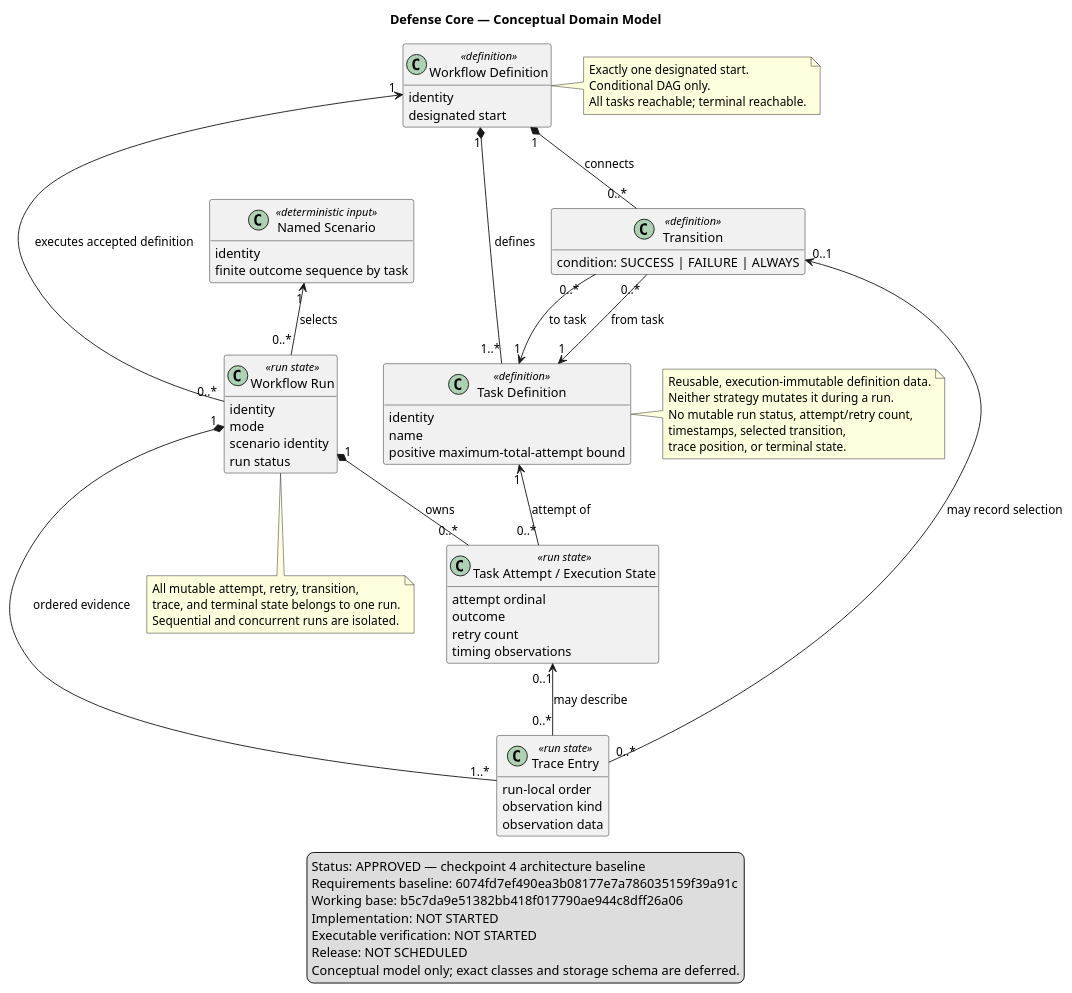
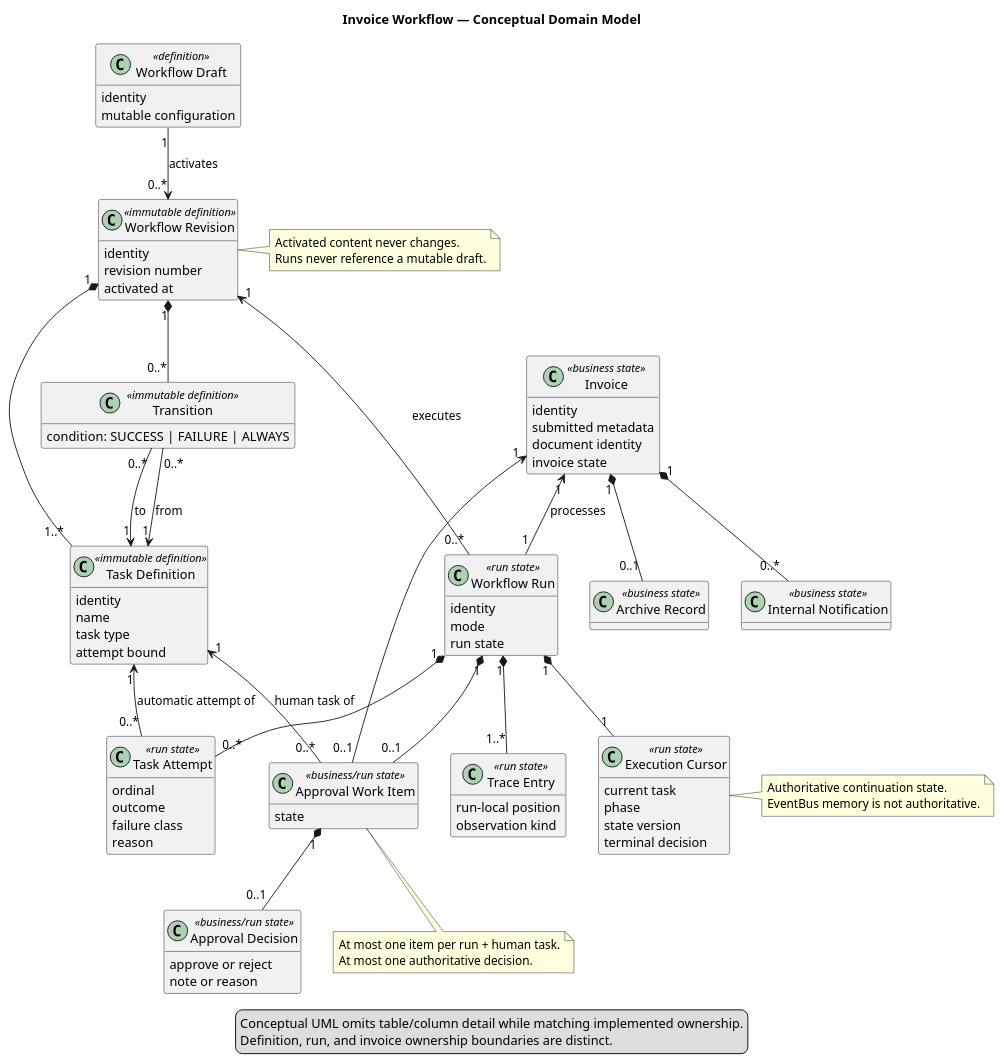
The diagram in docs/architecture/uml/domain-model.puml (MAES1102/WMS), drawn with PlantUML before and after one commit. The commit also changed 147 other files, not shown here.

Commit message:
feat: finalize invoice approval reference product

```diff
--- a/docs/architecture/uml/domain-model.puml
+++ b/docs/architecture/uml/domain-model.puml
@@ -1,88 +1,99 @@
 @startuml
-title Defense Core — Conceptual Domain Model
+title Invoice Workflow — Conceptual Domain Model
 hide methods
 skinparam classAttributeIconSize 0
 skinparam shadowing false
 
-class "Workflow Definition" as WorkflowDefinition <<definition>> {
+class "Workflow Draft" as Draft <<definition>> {
   identity
-  designated start
+  mutable configuration
+}
+class "Workflow Revision" as Revision <<immutable definition>> {
+  identity
+  revision number
+  activated at
+}
+class "Task Definition" as Task <<immutable definition>> {
+  identity
+  name
+  task type
+  attempt bound
+}
+class Transition <<immutable definition>> {
+  condition: SUCCESS | FAILURE | ALWAYS
+}
+class Invoice <<business state>> {
+  identity
+  submitted metadata
+  document identity
+  invoice state
+}
+class "Workflow Run" as Run <<run state>> {
+  identity
+  mode
+  run state
+}
+class "Execution Cursor" as Cursor <<run state>> {
+  current task
+  phase
+  state version
+  terminal decision
+}
+class "Task Attempt" as Attempt <<run state>> {
+  ordinal
+  outcome
+  failure class
+  reason
+}
+class "Approval Work Item" as WorkItem <<business/run state>> {
+  state
+}
+class "Approval Decision" as Decision <<business/run state>> {
+  approve or reject
+  note or reason
+}
+class "Archive Record" as Archive <<business state>>
+class "Internal Notification" as Notification <<business state>>
+class "Trace Entry" as Trace <<run state>> {
+  run-local position
+  observation kind
 }
 
-class "Task Definition" as TaskDefinition <<definition>> {
-  identity
-  name
-  positive maximum-total-attempt bound
-}
+Draft "1" --> "0..*" Revision : activates
+Revision "1" *-- "1..*" Task
+Revision "1" *-- "0..*" Transition
+Transition "0..*" --> "1" Task : from
+Transition "0..*" --> "1" Task : to
+Revision "1" <-- "0..*" Run : executes
+Invoice "1" <-- "1" Run : processes
+Run "1" *-- "1" Cursor
+Run "1" *-- "0..*" Attempt
+Task "1" <-- "0..*" Attempt : automatic attempt of
+Run "1" *-- "0..1" WorkItem
+Invoice "1" <-- "0..1" WorkItem
+Task "1" <-- "0..*" WorkItem : human task of
+WorkItem "1" *-- "0..1" Decision
+Invoice "1" *-- "0..1" Archive
+Invoice "1" *-- "0..*" Notification
+Run "1" *-- "1..*" Trace
 
-class "Transition" as Transition <<definition>> {
-  condition: SUCCESS | FAILURE | ALWAYS
-}
-
-class "Named Scenario" as Scenario <<deterministic input>> {
-  identity
-  finite outcome sequence by task
-}
-
-class "Workflow Run" as WorkflowRun <<run state>> {
-  identity
-  mode
-  scenario identity
-  run status
-}
-
-class "Task Attempt / Execution State" as TaskAttempt <<run state>> {
-  attempt ordinal
-  outcome
-  retry count
-  timing observations
-}
-
-class "Trace Entry" as TraceEntry <<run state>> {
-  run-local order
-  observation kind
-  observation data
-}
-
-WorkflowDefinition "1" *-- "1..*" TaskDefinition : defines
-WorkflowDefinition "1" *-- "0..*" Transition : connects
-Transition "0..*" --> "1" TaskDefinition : from task
-Transition "0..*" --> "1" TaskDefinition : to task
-WorkflowDefinition "1" <-- "0..*" WorkflowRun : executes accepted definition
-Scenario "1" <-- "0..*" WorkflowRun : selects
-WorkflowRun "1" *-- "0..*" TaskAttempt : owns
-TaskDefinition "1" <-- "0..*" TaskAttempt : attempt of
-WorkflowRun "1" *-- "1..*" TraceEntry : ordered evidence
-TaskAttempt "0..1" <-- "0..*" TraceEntry : may describe
-Transition "0..1" <-- "0..*" TraceEntry : may record selection
-
-note right of WorkflowDefinition
-Exactly one designated start.
-Conditional DAG only.
-All tasks reachable; terminal reachable.
+note right of Revision
+Activated content never changes.
+Runs never reference a mutable draft.
 end note
 
-note right of TaskDefinition
-Reusable, execution-immutable definition data.
-Neither strategy mutates it during a run.
-No mutable run status, attempt/retry count,
-timestamps, selected transition,
-trace position, or terminal state.
+note right of Cursor
+Authoritative continuation state.
+EventBus memory is not authoritative.
 end note
 
-note bottom of WorkflowRun
-All mutable attempt, retry, transition,
-trace, and terminal state belongs to one run.
-Sequential and concurrent runs are isolated.
+note bottom of WorkItem
+At most one item per run + human task.
+At most one authoritative decision.
 end note
 
 legend
-Status: APPROVED — checkpoint 4 architecture baseline
-Requirements baseline: 6074fd7ef490ea3b08177e7a786035159f39a91c
-Working base: b5c7da9e51382bb418f017790ae944c8dff26a06
-Implementation: NOT STARTED
-Executable verification: NOT STARTED
-Release: NOT SCHEDULED
-Conceptual model only; exact classes and storage schema are deferred.
+Conceptual UML omits table/column detail while matching implemented ownership.
+Definition, run, and invoice ownership boundaries are distinct.
 endlegend
 @enduml
```
